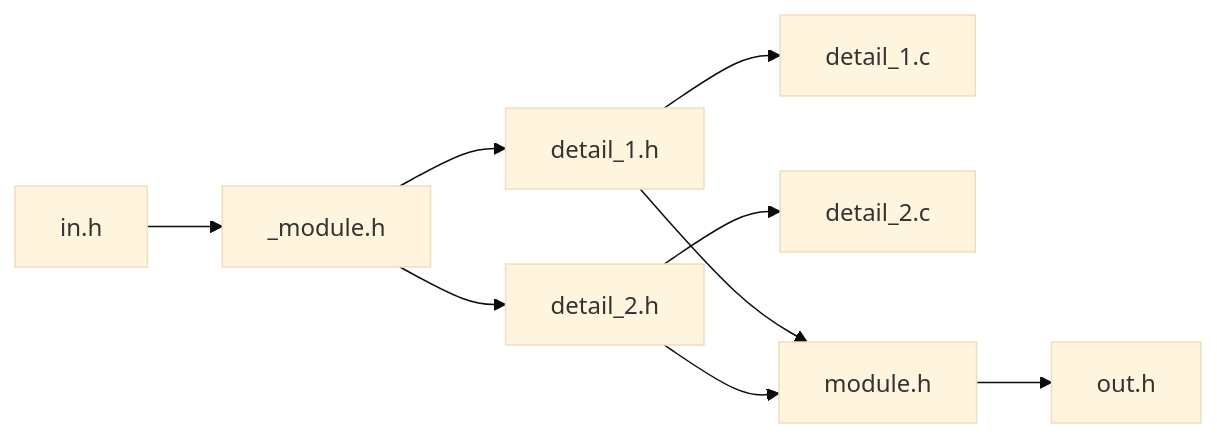
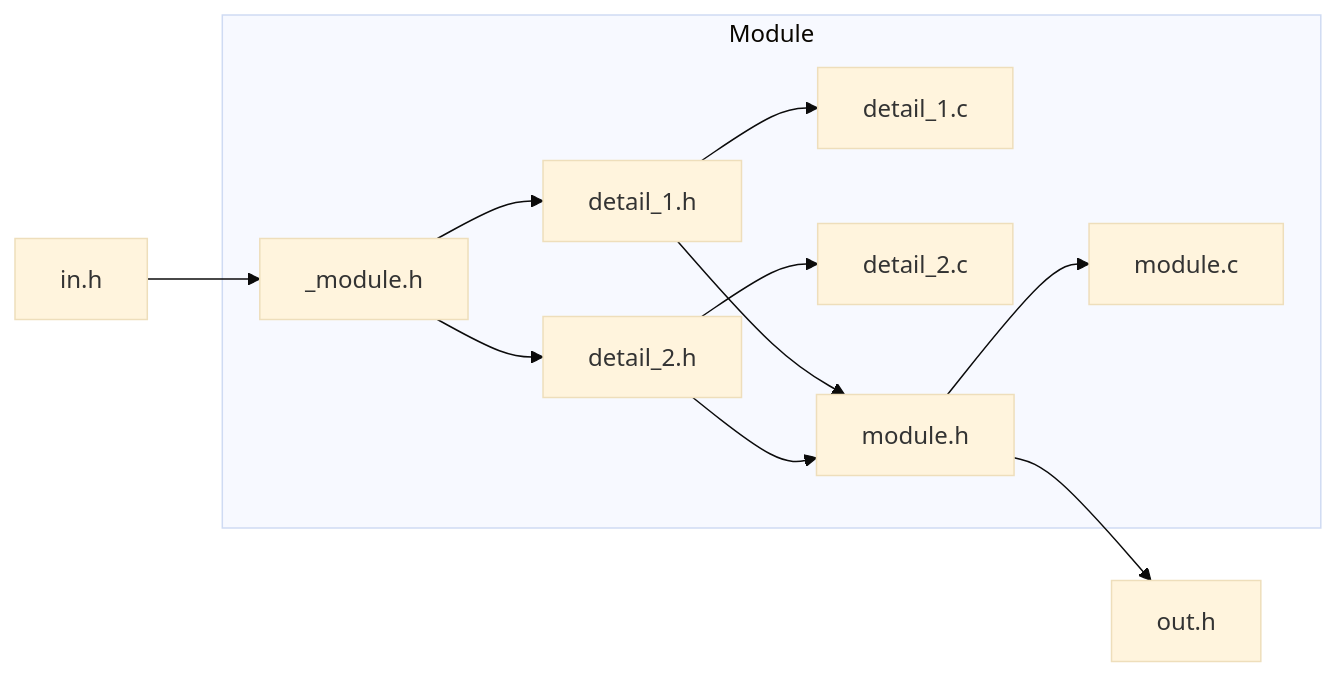
One commit to ShilianShen/Jasmin changed the first of 2 diagrams in README.md. Above: the diagram before and after it, drawn with Mermaid (base theme). The commit also changed other lines of this file and 2 other files, not shown here.

Commit message:
update jasmin

````diff
--- a/README.md
+++ b/README.md
@@ -35,8 +35,11 @@
 ```mermaid
 flowchart LR
+    subgraph Module
+        _module.h --> detail_1.h --> detail_1.c
+        _module.h --> detail_2.h --> detail_2.c
+        detail_1.h --> module.h --> module.c
+        detail_2.h --> module.h
+    end
     in.h --> _module.h
-    _module.h --> detail_1.h --> detail_1.c
-    _module.h --> detail_2.h --> detail_2.c
-    detail_1.h --> module.h --> out.h
-    detail_2.h --> module.h
+    module.h --> out.h
 ```
````
